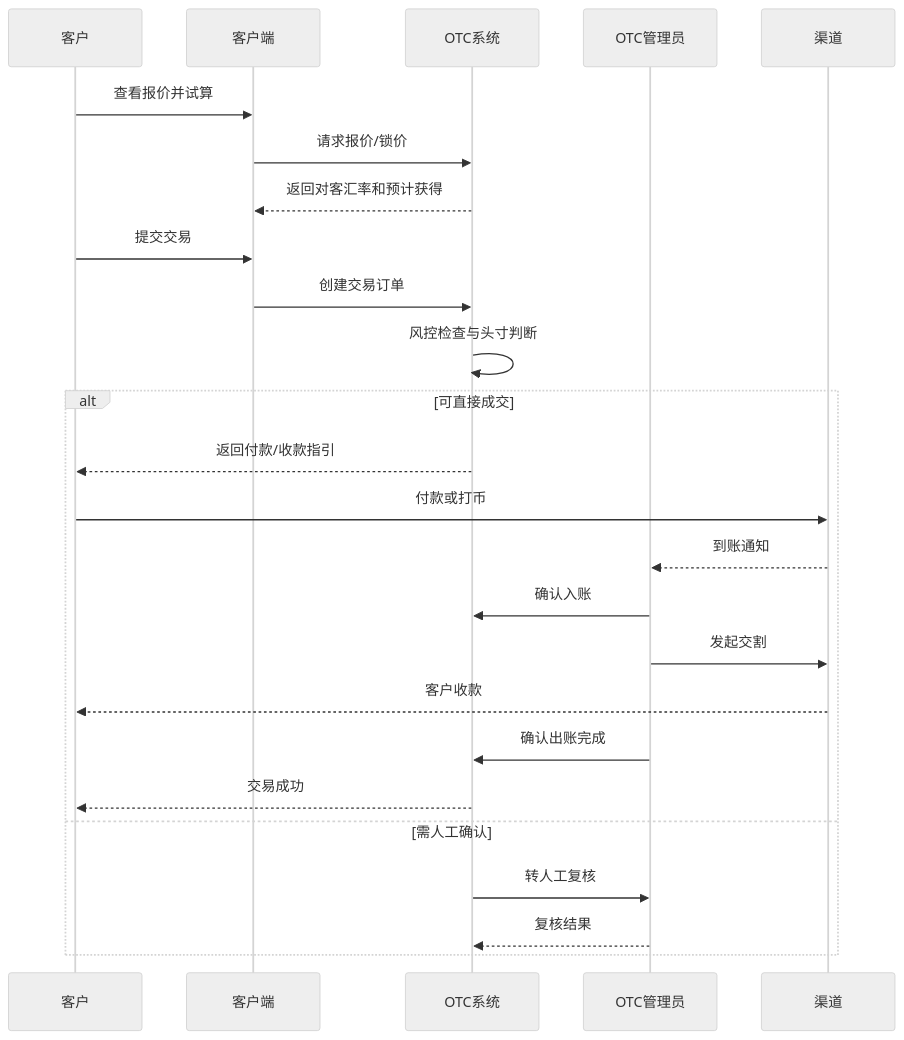
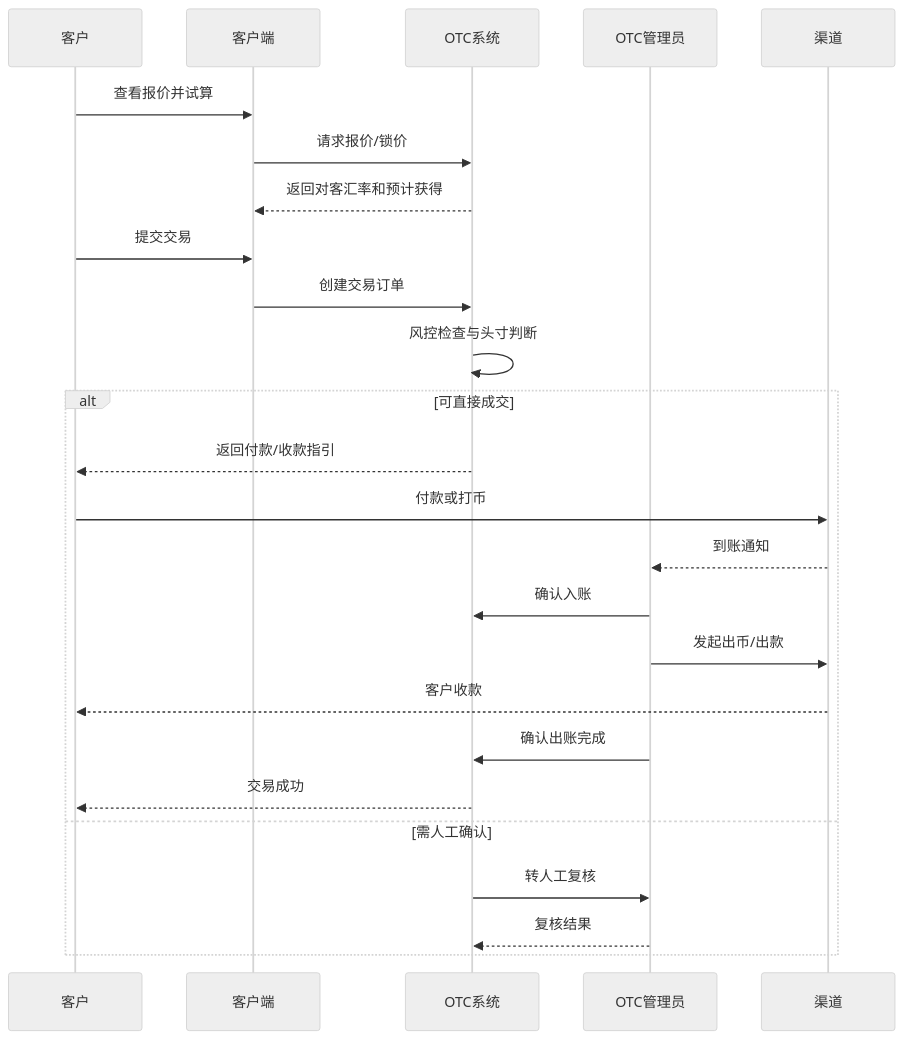
The fourth of 9 diagrams in vietnam/vietnam-otc-system-prd-v1.md (xiaoxiaoangie/EX-NEW), drawn with Mermaid (neutral theme) before and after one commit. The commit also changed other lines of this file and 7 other files, not shown here.

````diff
--- a/vietnam/vietnam-otc-system-prd-v1.md
+++ b/vietnam/vietnam-otc-system-prd-v1.md
@@ -650,28 +650,28 @@
 ```mermaid
 sequenceDiagram
     participant 客户 as 客户
     participant 客户端 as 客户端
     participant OTC系统 as OTC系统
     participant OTC管理员 as OTC管理员
     participant 渠道 as 渠道
 
     客户->>客户端: 查看报价并试算
     客户端->>OTC系统: 请求报价/锁价
     OTC系统-->>客户端: 返回对客汇率和预计获得
     客户->>客户端: 提交交易
     客户端->>OTC系统: 创建交易订单
     OTC系统->>OTC系统: 风控检查与头寸判断
     alt 可直接成交
         OTC系统-->>客户: 返回付款/收款指引
         客户->>渠道: 付款或打币
         渠道-->>OTC管理员: 到账通知
         OTC管理员->>OTC系统: 确认入账
-        OTC管理员->>渠道: 发起交割
+        OTC管理员->>渠道: 发起出币/出款
         渠道-->>客户: 客户收款
         OTC管理员->>OTC系统: 确认出账完成
         OTC系统-->>客户: 交易成功
     else 需人工确认
         OTC系统->>OTC管理员: 转人工复核
         OTC管理员-->>OTC系统: 复核结果
     end
 ```
````
